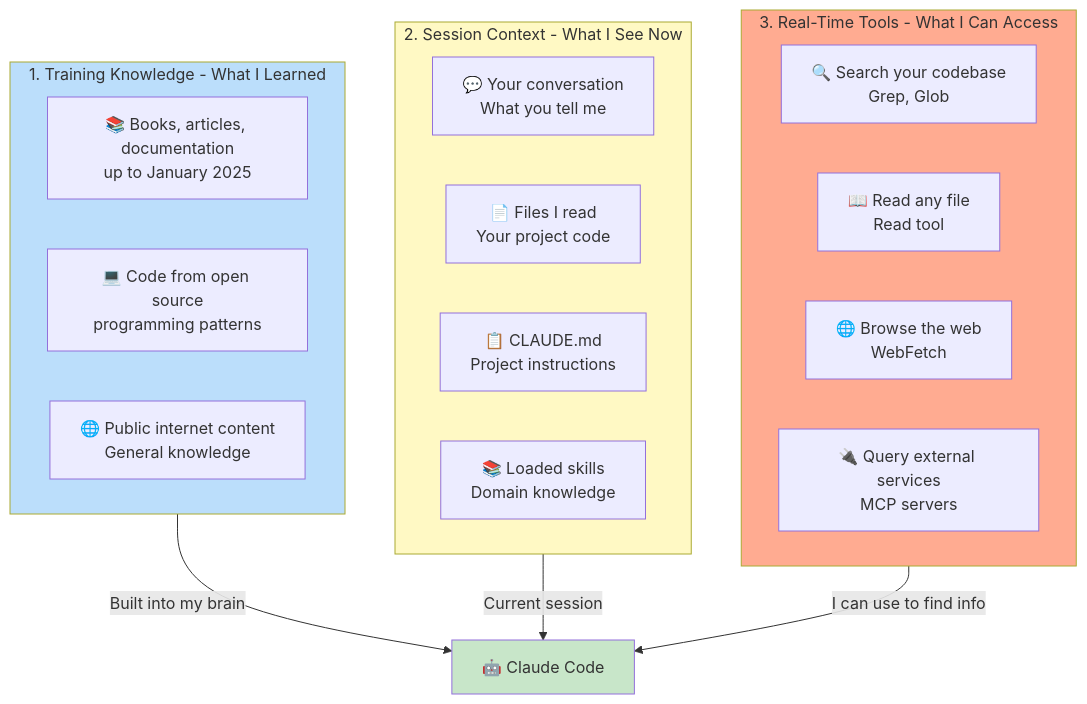
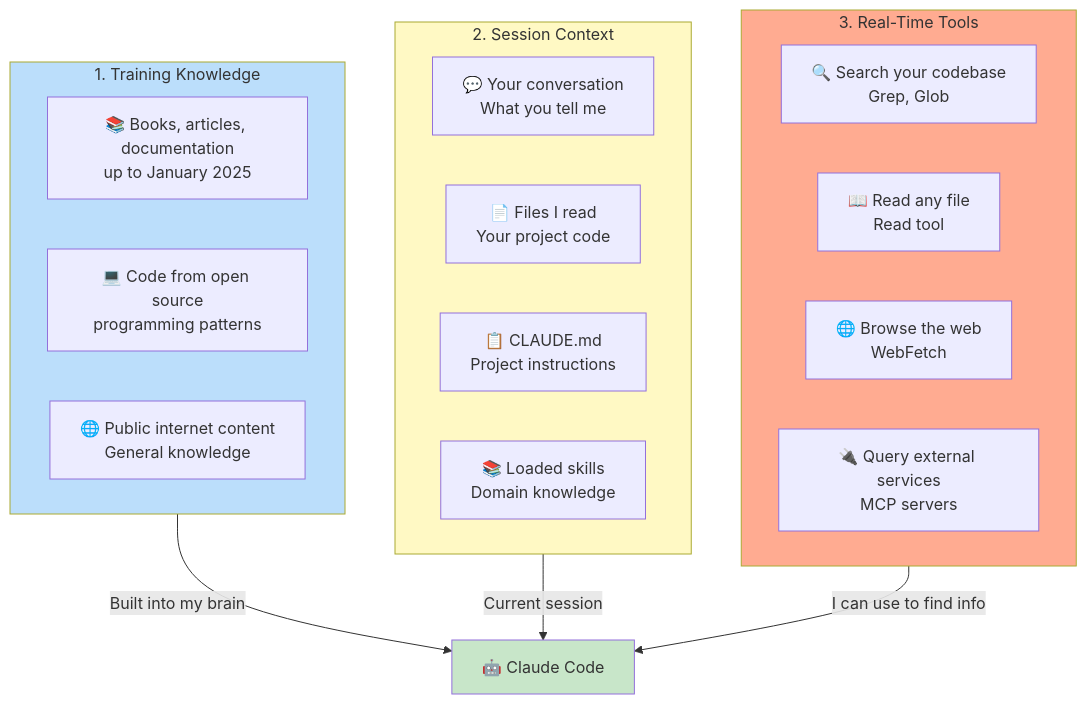
The first of 26 diagrams in docs/claude/how-claude-knows.md (abdheshkumar/abdheshkumar.github.io), drawn with Mermaid before and after one commit. The commit also changed other lines of this file and 1 other file, not shown here.

````diff
--- a/docs/claude/how-claude-knows.md
+++ b/docs/claude/how-claude-knows.md
@@ -7,33 +7,33 @@
 ```mermaid
 graph TB
-    subgraph TRAINING[1. Training Knowledge - What I Learned]
+    subgraph TRAINING["1. Training Knowledge"]
         T1[📚 Books, articles, documentation<br/>up to January 2025]
         T2[💻 Code from open source<br/>programming patterns]
         T3[🌐 Public internet content<br/>General knowledge]
     end
 
-    subgraph CONTEXT[2. Session Context - What I See Now]
+    subgraph CONTEXT["2. Session Context"]
         C1[💬 Your conversation<br/>What you tell me]
         C2[📄 Files I read<br/>Your project code]
         C3[📋 CLAUDE.md<br/>Project instructions]
         C4[📚 Loaded skills<br/>Domain knowledge]
     end
 
-    subgraph TOOLS[3. Real-Time Tools - What I Can Access]
+    subgraph TOOLS["3. Real-Time Tools"]
         TO1[🔍 Search your codebase<br/>Grep, Glob]
         TO2[📖 Read any file<br/>Read tool]
         TO3[🌐 Browse the web<br/>WebFetch]
         TO4[🔌 Query external services<br/>MCP servers]
     end
 
     CLAUDE[🤖 Claude Code]
 
     TRAINING -->|Built into my brain| CLAUDE
     CONTEXT -->|Current session| CLAUDE
     TOOLS -->|I can use to find info| CLAUDE
 
     style CLAUDE fill:#c8e6c9
     style TRAINING fill:#bbdefb
     style CONTEXT fill:#fff9c4
     style TOOLS fill:#ffab91
 ```
````
